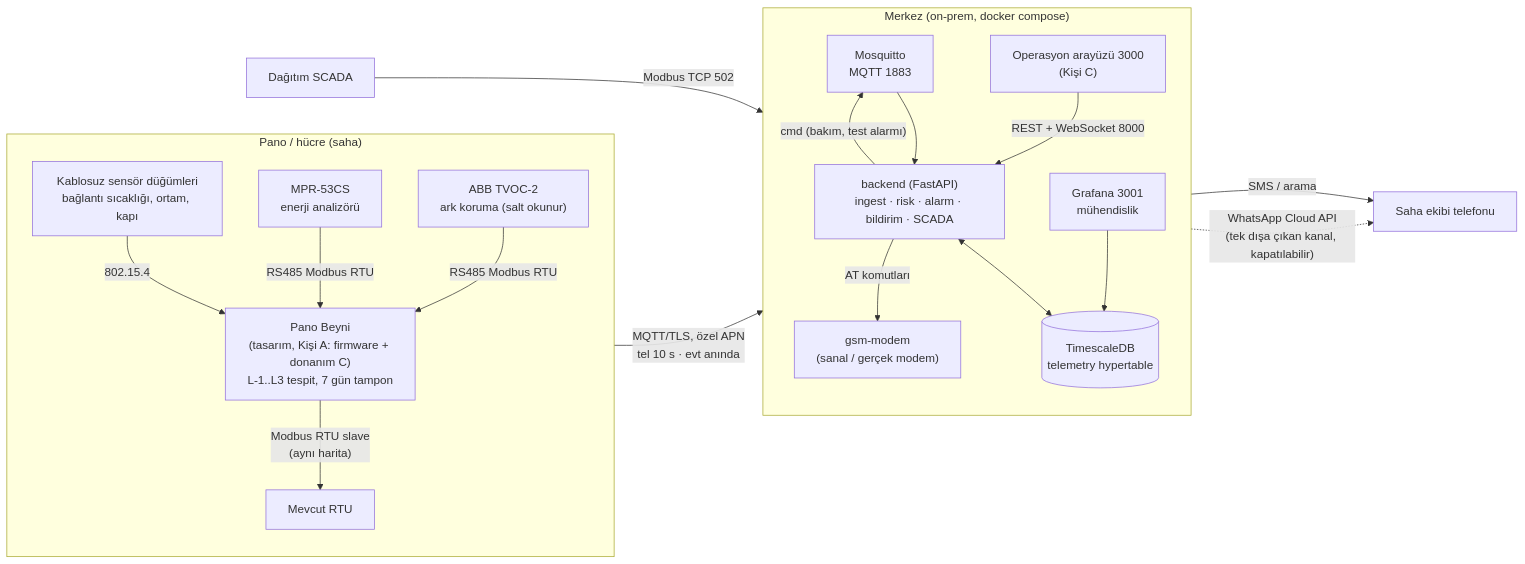
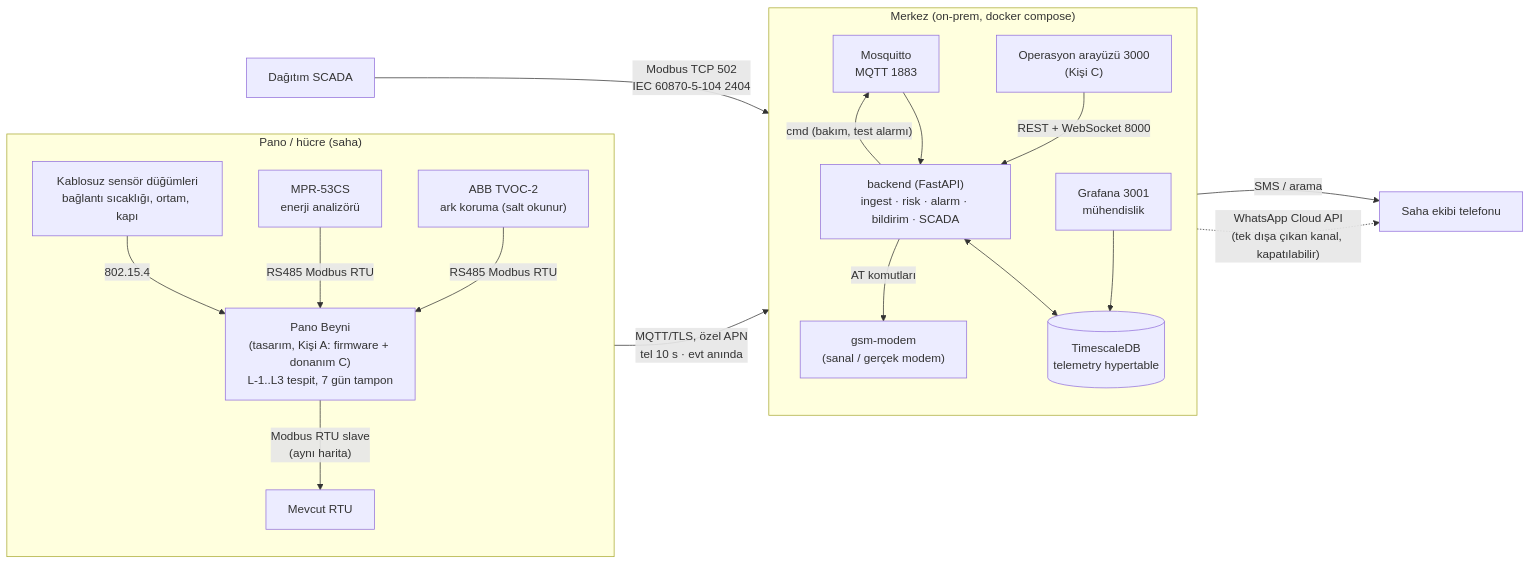
The first of 4 diagrams in docs/02-mimari.md (ahmetkrkyn0/griduphackathon), drawn with Mermaid before and after one commit. The commit also changed other lines of this file and 5 other files, not shown here.

First line of the commit message:
docs(scada): 04 IEC 104 nokta plani koddan uretilir; canli olcum ve 02/15/17 guncellemesi

````diff
--- a/docs/02-mimari.md
+++ b/docs/02-mimari.md
@@ -9,36 +9,36 @@
 ```mermaid
 flowchart LR
   subgraph PANO["Pano / hücre (saha)"]
     direction TB
     SN["Kablosuz sensör düğümleri<br/>bağlantı sıcaklığı, ortam, kapı"]
     MPR["MPR-53CS<br/>enerji analizörü"]
     TVOC["ABB TVOC-2<br/>ark koruma (salt okunur)"]
     PB["Pano Beyni<br/>(tasarım, Kişi A: firmware + donanım C)<br/>L-1..L3 tespit, 7 gün tampon"]
     RTU["Mevcut RTU"]
     SN -- "802.15.4" --> PB
     MPR -- "RS485 Modbus RTU" --> PB
     TVOC -- "RS485 Modbus RTU" --> PB
     PB -- "Modbus RTU slave<br/>(aynı harita)" --> RTU
   end
 
   subgraph MERKEZ["Merkez (on-prem, docker compose)"]
     direction TB
     MQ["Mosquitto<br/>MQTT 1883"]
     BE["backend (FastAPI)<br/>ingest · risk · alarm · bildirim · SCADA"]
     DB[("TimescaleDB<br/>telemetry hypertable")]
     GW["gsm-modem<br/>(sanal / gerçek modem)"]
     GF["Grafana 3001<br/>mühendislik"]
     UI["Operasyon arayüzü 3000<br/>(Kişi C)"]
     MQ --> BE
     BE <--> DB
     BE -- "AT komutları" --> GW
     GF --> DB
     UI -- "REST + WebSocket 8000" --> BE
   end
 
   PB -- "MQTT/TLS, özel APN<br/>tel 10 s · evt anında" --> MQ
   BE -- "cmd (bakım, test alarmı)" --> MQ
   GW -- "SMS / arama" --> TEL["Saha ekibi telefonu"]
   BE -. "WhatsApp Cloud API<br/>(tek dışa çıkan kanal, kapatılabilir)" .-> TEL
-  SCADA["Dağıtım SCADA"] -- "Modbus TCP 502" --> BE
+  SCADA["Dağıtım SCADA"] -- "Modbus TCP 502<br/>IEC 60870-5-104 2404" --> BE
 ```
````
